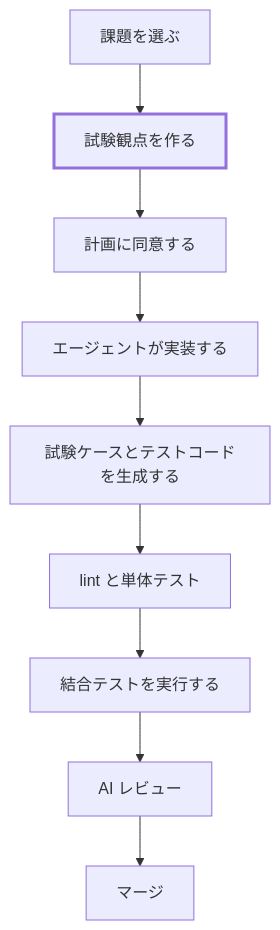
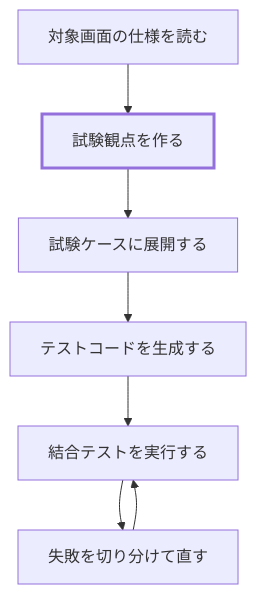
The second of 2 diagrams in docs-next/docs/operations/playwright-adoption.md (CHS-Training-Org/ai_training_for_chuo_system), drawn with Mermaid before and after one commit. The commit also changed other lines of this file, not shown here.

````diff
--- a/docs-next/docs/operations/playwright-adoption.md
+++ b/docs-next/docs/operations/playwright-adoption.md
@@ -128,12 +128,10 @@
 ```mermaid
 flowchart TB
-  A["課題を選ぶ"] --> B["試験観点を作る"]
-  B --> C["計画に同意する"]
-  C --> D["エージェントが実装する"]
-  D --> E["試験ケースとテストコードを生成する"]
-  E --> F["lint と単体テスト"]
-  F --> G["結合テストを実行する"]
-  G --> H["AI レビュー"]
-  H --> I["マージ"]
+  A["対象画面の仕様を読む"] --> B["試験観点を作る"]
+  B --> C["試験ケースに展開する"]
+  C --> D["テストコードを生成する"]
+  D --> E["結合テストを実行する"]
+  E --> F["失敗を切り分けて直す"]
+  F --> E
   style B stroke-width: 3px
 ```
````
